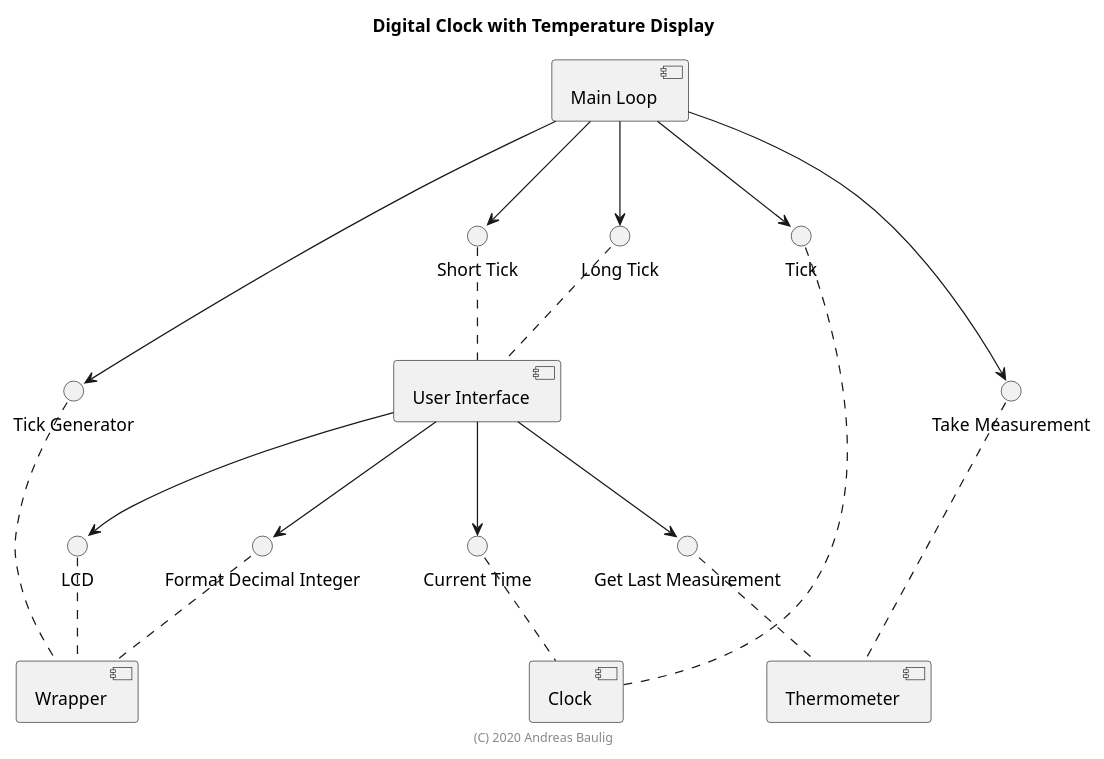
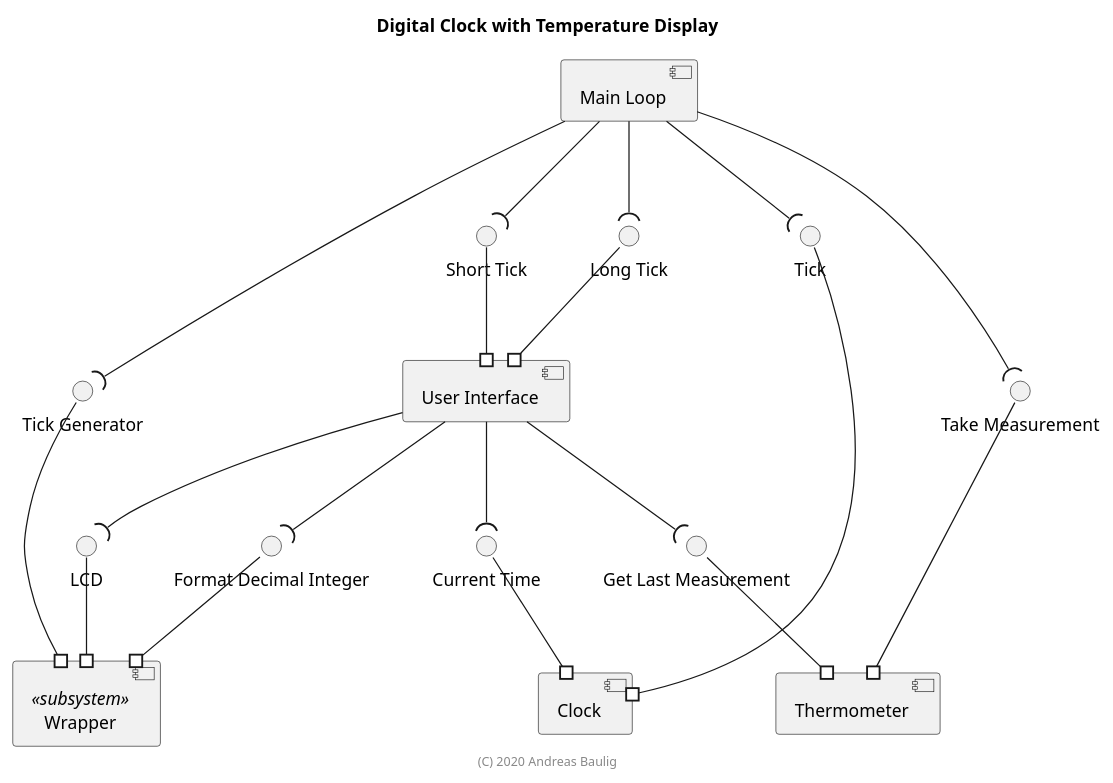
One commit to ChiefGokhlayeh/CA1 changed the diagram in lab2/lab2-Uhr/doc/diagrams/components.puml. Above: the diagram before and after it, drawn with PlantUML. The commit also changed 2 other files, not shown here.

```diff
--- a/lab2/lab2-Uhr/doc/diagrams/components.puml
+++ b/lab2/lab2-Uhr/doc/diagrams/components.puml
@@ -1,49 +1,49 @@
 @startuml
 
 title Digital Clock with Temperature Display
 footer (C) 2020 Andreas Baulig
 
 component [User Interface] as ui
 component [Thermometer] as thermo
 component [Clock] as clock
 component [Main Loop] as main
-component [Wrapper] as wrapper
+component [Wrapper] <<subsystem>> as wrapper
 
 () "Short Tick" as ui_short_tick
 () "Long Tick" as ui_long_tick
 
 () "Tick" as clock_tick
 () "Current Time" as clock_time
 
 () "Take Measurement" as thermo_measure
 () "Get Last Measurement" as thermo_last_measurement
 
 () "Format Decimal Integer" as wrapper_dectoascii
 () "LCD" as wrapper_lcd
 () "Tick Generator" as wrapper_tick_generator
 
-ui .up. ui_short_tick
-ui .up. ui_long_tick
+ui #-up- ui_short_tick
+ui #-up- ui_long_tick
 
-clock .up. clock_tick
-clock .up. clock_time
+clock #-up- clock_tick
+clock #-up- clock_time
 
-thermo .up. thermo_measure
-thermo .up. thermo_last_measurement
+thermo #-up- thermo_measure
+thermo #-up- thermo_last_measurement
 
-wrapper .up. wrapper_dectoascii
-wrapper .up. wrapper_lcd
-wrapper .up. wrapper_tick_generator
+wrapper #-up- wrapper_dectoascii
+wrapper #-up- wrapper_lcd
+wrapper #-up- wrapper_tick_generator
 
-main --> wrapper_tick_generator
-main --> ui_short_tick
-main --> ui_long_tick
-main --> clock_tick
-main --> thermo_measure
+main --( wrapper_tick_generator
+main --( ui_short_tick
+main --( ui_long_tick
+main --( clock_tick
+main --( thermo_measure
 
-ui --> clock_time
-ui --> thermo_last_measurement
-ui --> wrapper_lcd
-ui --> wrapper_dectoascii
+ui --( clock_time
+ui --( thermo_last_measurement
+ui --( wrapper_lcd
+ui --( wrapper_dectoascii
 
 @enduml
```
